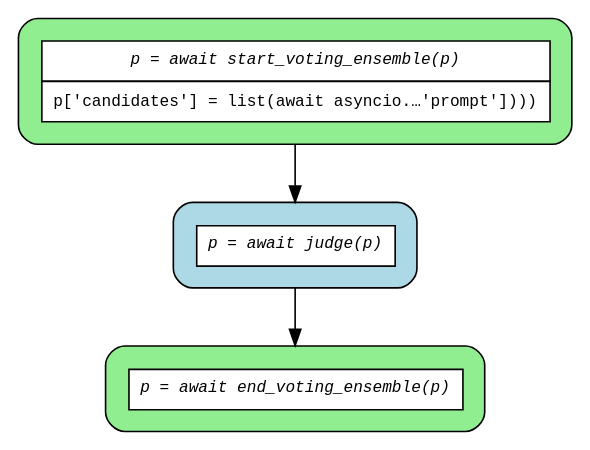
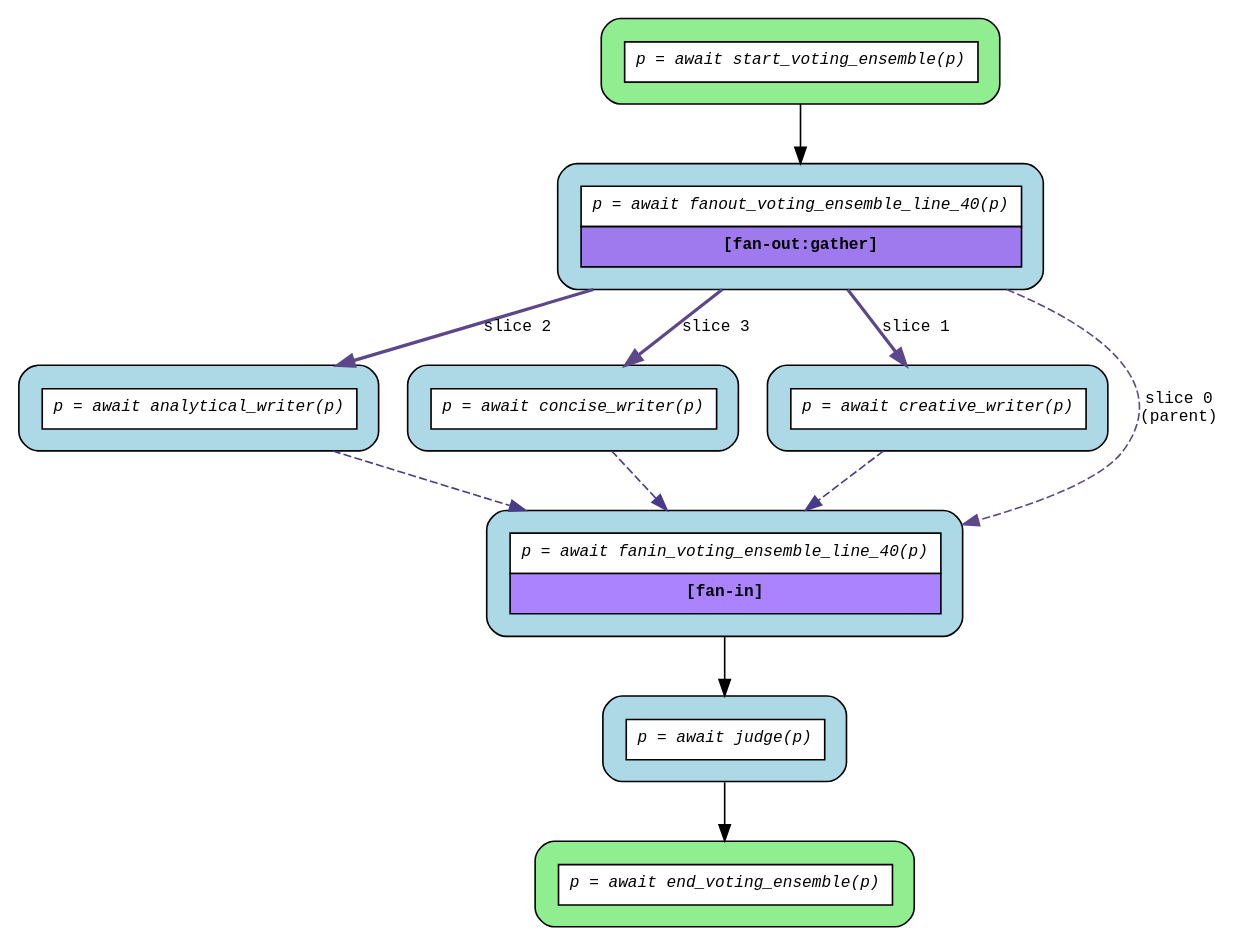
The diagram in examples/flows/agentic/compiled/voting_ensemble/flow.dot (deliveryhero/asya), drawn with Graphviz before and after one commit. The commit also changed 84 other files, not shown here.

First line of the commit message:
fix(compiler): include agentic flows in pre-commit recompilation and support starred list comprehension in gather [36g4]

```diff
--- a/examples/flows/agentic/compiled/voting_ensemble/flow.dot
+++ b/examples/flows/agentic/compiled/voting_ensemble/flow.dot
@@ -1,13 +1,26 @@
 digraph flow {
   rankdir=TB;
   graph [fontname="Courier", fontsize=10];
   node [fontname="Courier", fontsize=10, shape=box, style="filled,rounded", margin="0.2"];
   edge [fontname="Courier", fontsize=10];
 
-  start_voting_ensemble [fillcolor="lightgreen", group="main", label=<<table border="0" cellspacing="0" cellpadding="6" cellborder="1"><tr><td bgcolor="white" align="center"><i>p = await start_voting_ensemble(p)</i></td></tr><tr><td bgcolor="white" align="left">p['candidates'] = list(await asyncio.…'prompt'])))</td></tr></table>>];
+  start_voting_ensemble [fillcolor="lightgreen", group="main", label=<<table border="0" cellspacing="0" cellpadding="6" cellborder="1"><tr><td bgcolor="white" align="center"><i>p = await start_voting_ensemble(p)</i></td></tr></table>>];
+  fanout_voting_ensemble_line_40 [fillcolor="lightblue", group="main", label=<<table border="0" cellspacing="0" cellpadding="6" cellborder="1"><tr><td bgcolor="white" align="center"><i>p = await fanout_voting_ensemble_line_40(p)</i></td></tr><tr><td bgcolor="mediumpurple2" align="center"><b>[fan-out:gather]</b></td></tr></table>>];
   end_voting_ensemble [fillcolor="lightgreen", group="main", label=<<table border="0" cellspacing="0" cellpadding="6" cellborder="1"><tr><td bgcolor="white" align="center"><i>p = await end_voting_ensemble(p)</i></td></tr></table>>];
+  analytical_writer [fillcolor="lightblue", label=<<table border="0" cellspacing="0" cellpadding="6" cellborder="1"><tr><td bgcolor="white" align="center"><i>p = await analytical_writer(p)</i></td></tr></table>>];
+  concise_writer [fillcolor="lightblue", label=<<table border="0" cellspacing="0" cellpadding="6" cellborder="1"><tr><td bgcolor="white" align="center"><i>p = await concise_writer(p)</i></td></tr></table>>];
+  creative_writer [fillcolor="lightblue", label=<<table border="0" cellspacing="0" cellpadding="6" cellborder="1"><tr><td bgcolor="white" align="center"><i>p = await creative_writer(p)</i></td></tr></table>>];
+  fanin_voting_ensemble_line_40 [fillcolor="lightblue", label=<<table border="0" cellspacing="0" cellpadding="6" cellborder="1"><tr><td bgcolor="white" align="center"><i>p = await fanin_voting_ensemble_line_40(p)</i></td></tr><tr><td bgcolor="mediumpurple1" align="center"><b>[fan-in]</b></td></tr></table>>];
   judge [fillcolor="lightblue", label=<<table border="0" cellspacing="0" cellpadding="6" cellborder="1"><tr><td bgcolor="white" align="center"><i>p = await judge(p)</i></td></tr></table>>];
 
+  analytical_writer -> fanin_voting_ensemble_line_40 [color=slateblue4, style=dashed];
+  concise_writer -> fanin_voting_ensemble_line_40 [color=slateblue4, style=dashed];
+  creative_writer -> fanin_voting_ensemble_line_40 [color=slateblue4, style=dashed];
+  fanin_voting_ensemble_line_40 -> judge;
+  fanout_voting_ensemble_line_40 -> analytical_writer [color=mediumpurple4, label="slice 2", style=bold];
+  fanout_voting_ensemble_line_40 -> concise_writer [color=mediumpurple4, label="slice 3", style=bold];
+  fanout_voting_ensemble_line_40 -> creative_writer [color=mediumpurple4, label="slice 1", style=bold];
+  fanout_voting_ensemble_line_40 -> fanin_voting_ensemble_line_40 [color=mediumpurple4, label="slice 0\n(parent)", style=dashed];
   judge -> end_voting_ensemble;
-  start_voting_ensemble -> judge;
+  start_voting_ensemble -> fanout_voting_ensemble_line_40;
 }
```
